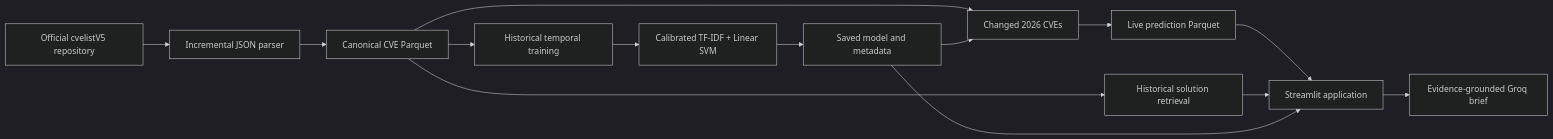
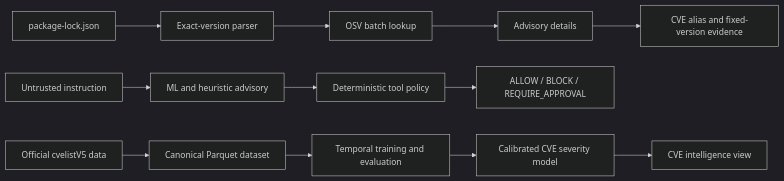
Before and after one commit to mishrasharanya/VulnScope: the diagram in README.md, drawn with Mermaid (dark theme). The commit also changed other lines of this file, not shown here.

````diff
--- a/README.md
+++ b/README.md
@@ -50,16 +90,16 @@
 ```mermaid
 flowchart LR
-    A[Official cvelistV5 repository] --> B[Incremental JSON parser]
-    B --> C[Canonical CVE Parquet]
-    C --> D[Historical temporal training]
-    D --> E[Calibrated TF-IDF + Linear SVM]
-    E --> F[Saved model and metadata]
-    C --> G[Changed 2026 CVEs]
-    F --> G
-    G --> H[Live prediction Parquet]
-    C --> I[Historical solution retrieval]
-    H --> J[Streamlit application]
-    I --> J
-    F --> J
-    J --> K[Evidence-grounded Groq brief]
+    L[package-lock.json] --> P[Exact-version parser]
+    P --> O[OSV batch lookup]
+    O --> A[Advisory details]
+    A --> C[CVE alias and fixed-version evidence]
+
+    U[Untrusted instruction] --> M[ML and heuristic advisory]
+    M --> D[Deterministic tool policy]
+    D --> R[ALLOW / BLOCK / REQUIRE_APPROVAL]
+
+    V[Official cvelistV5 data] --> E[Canonical Parquet dataset]
+    E --> T[Temporal training and evaluation]
+    T --> S[Calibrated CVE severity model]
+    S --> I[CVE intelligence view]
 ```
````
